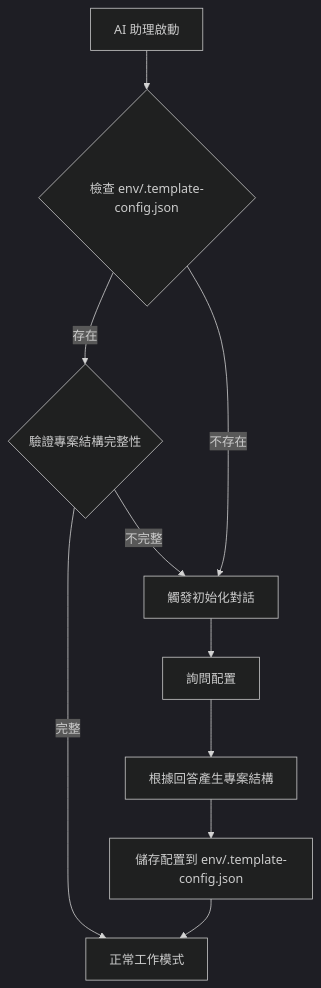
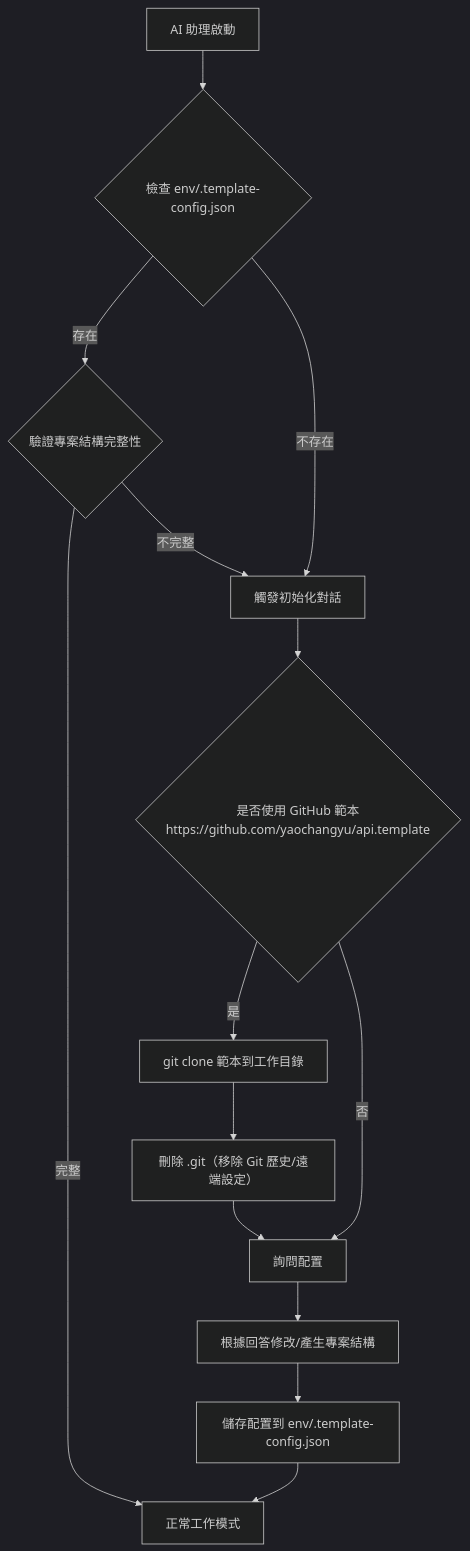
The first of 2 diagrams in CLAUDE.md (yaochangyu/api.template), drawn with Mermaid (dark theme) before and after one commit. The commit also changed other lines of this file and 1 other file, not shown here.

Commit message:
✨ feat(CLAUDE.md): 新增 GitHub 範本套用規則，強化初始化對話流程，確保使用者選擇範本時的安全性與正確性

````diff
--- a/CLAUDE.md
+++ b/CLAUDE.md
@@ -72,12 +72,16 @@
 ```mermaid
 graph TD
     A[AI 助理啟動] --> B{檢查 env/.template-config.json}
     B -->|存在| C{驗證專案結構完整性}
     B -->|不存在| D[觸發初始化對話]
     C -->|完整| E[正常工作模式]
     C -->|不完整| D
-    D --> F[詢問配置]
-    F --> G[根據回答產生專案結構]
+    D --> T{是否使用 GitHub 範本\nhttps://github.com/yaochangyu/api.template}
+    T -->|是| U[git clone 範本到工作目錄]
+    U --> V[刪除 .git（移除 Git 歷史/遠端設定）]
+    V --> F[詢問配置]
+    T -->|否| F
+    F --> G[根據回答修改/產生專案結構]
     G --> H[儲存配置到 env/.template-config.json]
     H --> E
 ```
````
